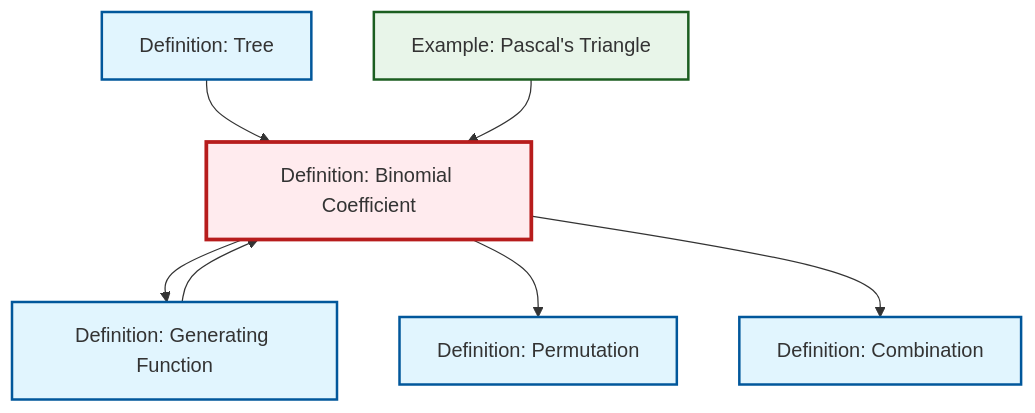
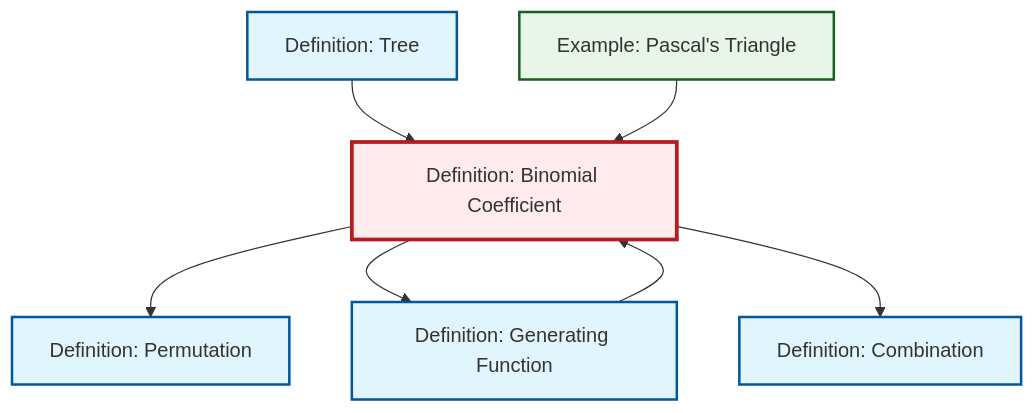
Before and after one commit to RK0429/ModernMath: the diagram in content/en/combinatorics/def-binomial-coefficient.qmd, drawn with Mermaid. The commit also changed other lines of this file and 554 other files, not shown here.

````diff
--- a/content/en/combinatorics/def-binomial-coefficient.qmd
+++ b/content/en/combinatorics/def-binomial-coefficient.qmd
@@ -66,27 +66,27 @@
 ```{mermaid}
 %%| fig-cap: "Local dependency graph"
 graph TD
     classDef definition fill:#e1f5fe,stroke:#01579b,stroke-width:2px
     classDef theorem fill:#f3e5f5,stroke:#4a148c,stroke-width:2px
     classDef axiom fill:#fff3e0,stroke:#e65100,stroke-width:2px
     classDef example fill:#e8f5e9,stroke:#1b5e20,stroke-width:2px
     classDef current fill:#ffebee,stroke:#b71c1c,stroke-width:3px
+    def-tree["Definition: Tree"]:::definition
+    def-binomial-coefficient["Definition: Binomial Coefficient"]:::definition
+    def-generating-function["Definition: Generating Function"]:::definition
+    def-combination["Definition: Combination"]:::definition
+    def-permutation["Definition: Permutation"]:::definition
     ex-pascals-triangle["Example: Pascal's Triangle"]:::example
-    def-binomial-coefficient["Definition: Binomial Coefficient"]:::definition
-    def-permutation["Definition: Permutation"]:::definition
-    def-generating-function["Definition: Generating Function"]:::definition
-    def-tree["Definition: Tree"]:::definition
-    def-combination["Definition: Combination"]:::definition
-    def-binomial-coefficient --> def-generating-function
     def-binomial-coefficient --> def-permutation
     def-tree --> def-binomial-coefficient
+    def-generating-function --> def-binomial-coefficient
+    def-binomial-coefficient --> def-generating-function
+    ex-pascals-triangle --> def-binomial-coefficient
     def-binomial-coefficient --> def-combination
-    ex-pascals-triangle --> def-binomial-coefficient
-    def-generating-function --> def-binomial-coefficient
     class def-binomial-coefficient current
+    click def-tree "def-tree.html" "Go to Tree definition"
+    click def-generating-function "def-generating-function.html" "Go to Generating Function definition"
+    click def-combination "def-combination.html" "Go to Combination definition"
+    click def-permutation "def-permutation.html" "Go to Permutation definition"
     click ex-pascals-triangle "ex-pascals-triangle.html" "Go to Pascal's Triangle example"
-    click def-permutation "def-permutation.html" "Go to Permutation definition"
-    click def-generating-function "def-generating-function.html" "Go to Generating Function definition"
-    click def-tree "def-tree.html" "Go to Tree definition"
-    click def-combination "def-combination.html" "Go to Combination definition"
 ```
````
